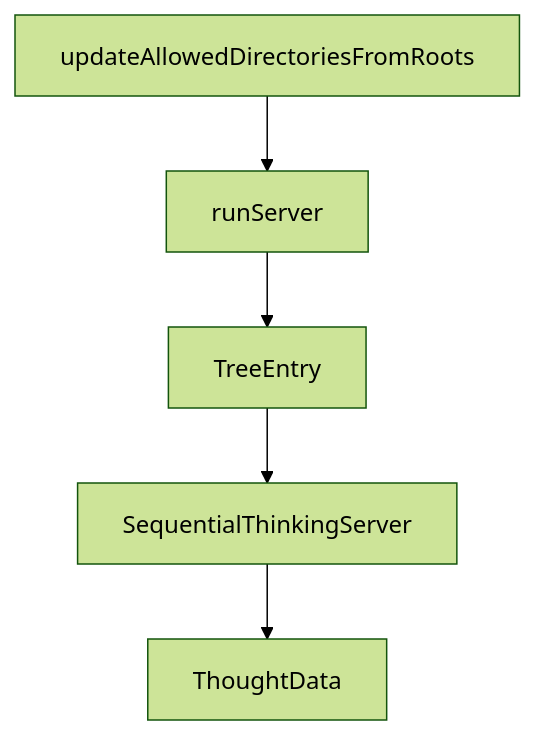
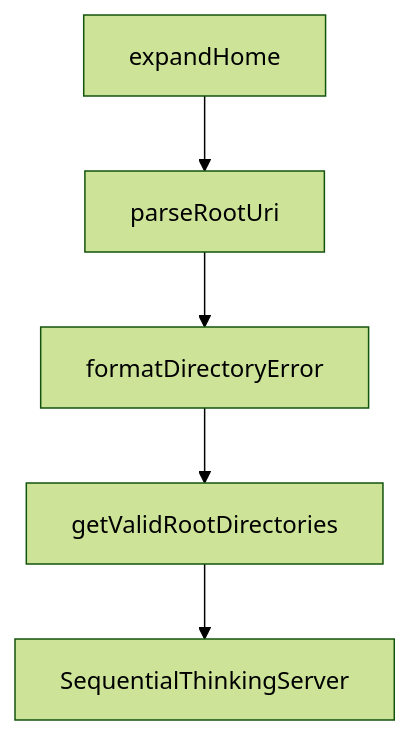
The diagram in tutorials/mcp-servers-tutorial/07-security-considerations.md (johnxie/awesome-code-docs), drawn with Mermaid (forest theme) before and after one commit. The commit also changed other lines of this file and 1232 other files, not shown here.

````diff
--- a/tutorials/mcp-servers-tutorial/07-security-considerations.md
+++ b/tutorials/mcp-servers-tutorial/07-security-considerations.md
@@ -265,12 +253,12 @@
 ```mermaid
 flowchart TD
-    A[updateAllowedDirectoriesFromRoots]
-    B[runServer]
-    C[TreeEntry]
-    D[SequentialThinkingServer]
-    E[ThoughtData]
+    A[expandHome]
+    B[parseRootUri]
+    C[formatDirectoryError]
+    D[getValidRootDirectories]
+    E[SequentialThinkingServer]
     A --> B
     B --> C
     C --> D
     D --> E
 ```
````
